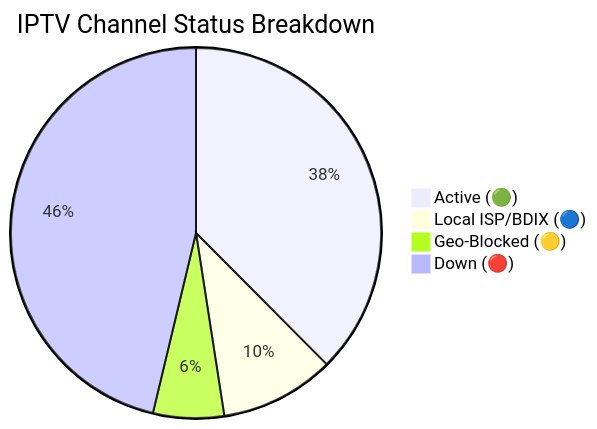
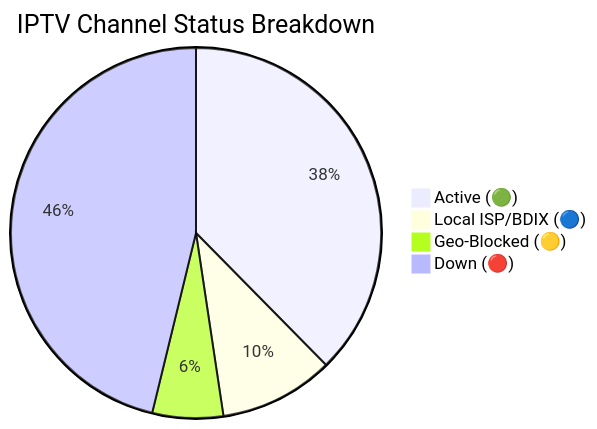
Before and after one commit to andreataylord/Ip-tv-Collection: the diagram in README.md, drawn with Mermaid. The commit also changed other lines of this file and 1 other file, not shown here.

Commit message:
docs(readme): auto-update daily channel status chart

````diff
--- a/README.md
+++ b/README.md
@@ -59,7 +59,7 @@
 ```mermaid
 pie title IPTV Channel Status Breakdown
-    "Active (🟢)" : 2966
+    "Active (🟢)" : 2972
     "Local ISP/BDIX (🔵)" : 791
-    "Geo-Blocked (🟡)" : 489
-    "Down (🔴)" : 3655
+    "Geo-Blocked (🟡)" : 488
+    "Down (🔴)" : 3650
 ```
````
